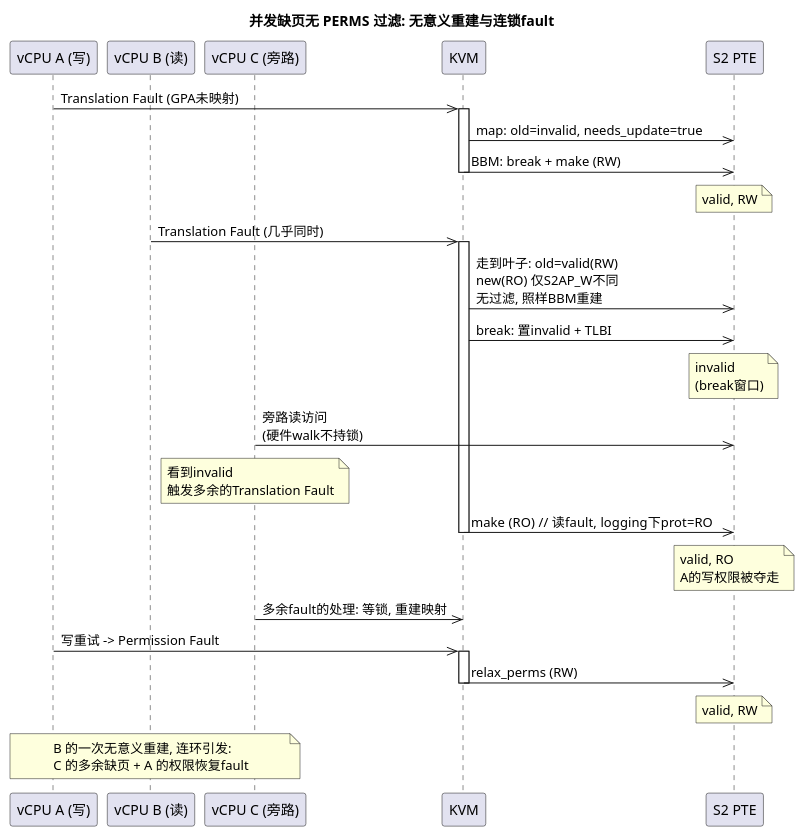
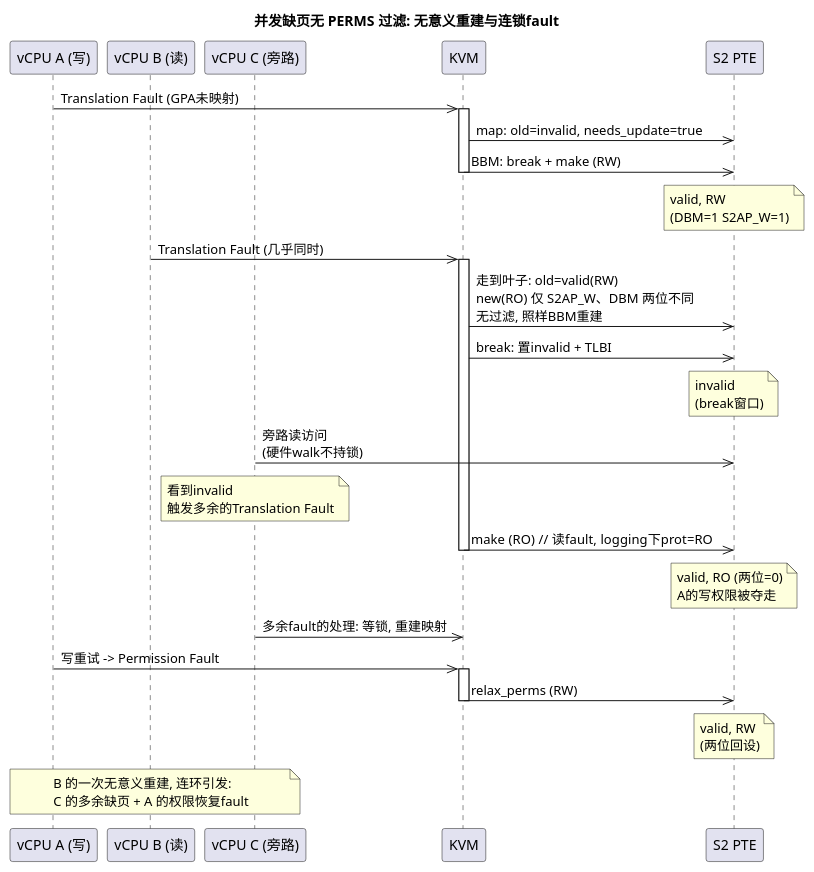
The first of 3 diagrams in shared/HDBSS/HDBSS_v5/docs/dbm_with_leo.md (AkiraZheng/workspace-mac), drawn with PlantUML before and after one commit. The commit also changed other lines of this file and 24 other files, not shown here.

````diff
--- a/shared/HDBSS/HDBSS_v5/docs/dbm_with_leo.md
+++ b/shared/HDBSS/HDBSS_v5/docs/dbm_with_leo.md
@@ -63,41 +223,41 @@
 ```plantuml
 @startuml
 title 并发缺页无 PERMS 过滤: 无意义重建与连锁fault
 
 participant "vCPU A (写)" as A
 participant "vCPU B (读)" as B
 participant "vCPU C (旁路)" as C
 participant "KVM" as K
 participant "S2 PTE" as P
 
 A ->> K: Translation Fault (GPA未映射)
 activate K
 K ->> P: map: old=invalid, needs_update=true
 K ->> P: BBM: break + make (RW)
-note over P: valid, RW
+note over P: valid, RW\n(DBM=1 S2AP_W=1)
 deactivate K
 
 B ->> K: Translation Fault (几乎同时)
 activate K
-K ->> P: 走到叶子: old=valid(RW)\nnew(RO) 仅S2AP_W不同\n无过滤, 照样BBM重建
+K ->> P: 走到叶子: old=valid(RW)\nnew(RO) 仅 S2AP_W、DBM 两位不同\n无过滤, 照样BBM重建
 K ->> P: break: 置invalid + TLBI
 note over P: invalid\n(break窗口)
 C ->> P: 旁路读访问\n(硬件walk不持锁)
 note over C: 看到invalid\n触发多余的Translation Fault
 K ->> P: make (RO)  // 读fault, logging下prot=RO
-note over P: valid, RO\nA的写权限被夺走
+note over P: valid, RO (两位=0)\nA的写权限被夺走
 deactivate K
 
 C ->> K: 多余fault的处理: 等锁, 重建映射
 A ->> K: 写重试 -> Permission Fault
 activate K
 K ->> P: relax_perms (RW)
-note over P: valid, RW
+note over P: valid, RW\n(两位回设)
 deactivate K
 
 note over A, C
 B 的一次无意义重建, 连环引发:
 C 的多余缺页 + A 的权限恢复fault
 end note
 @enduml
 ```
````
